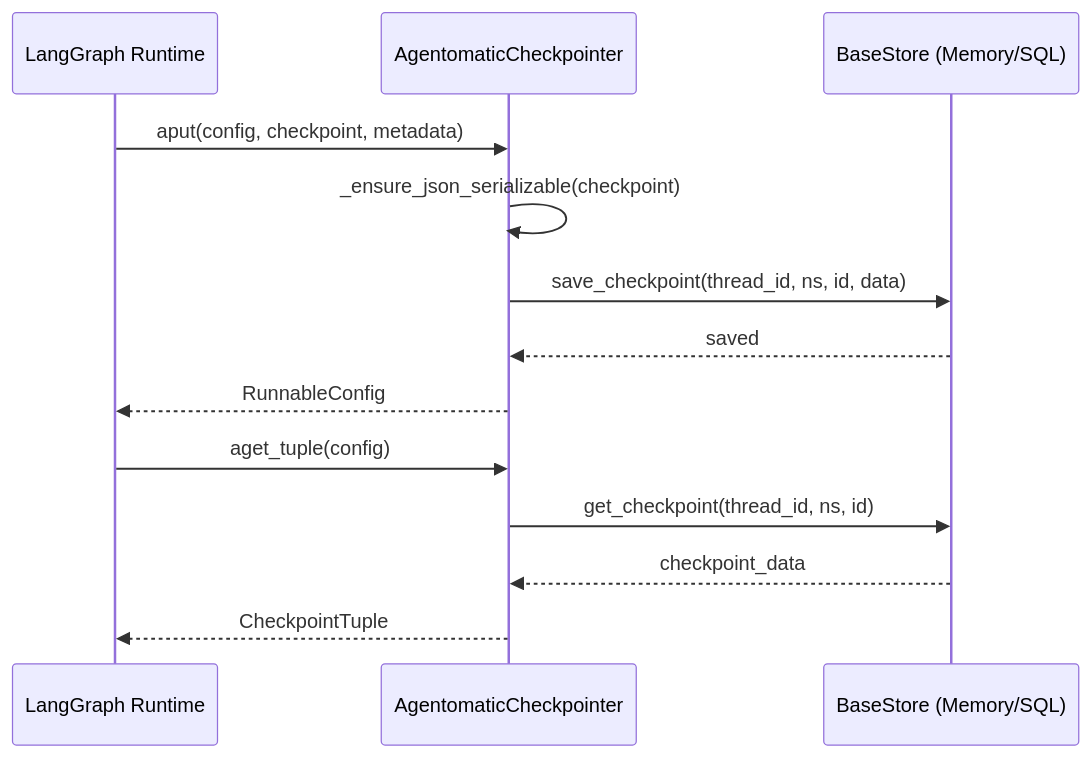
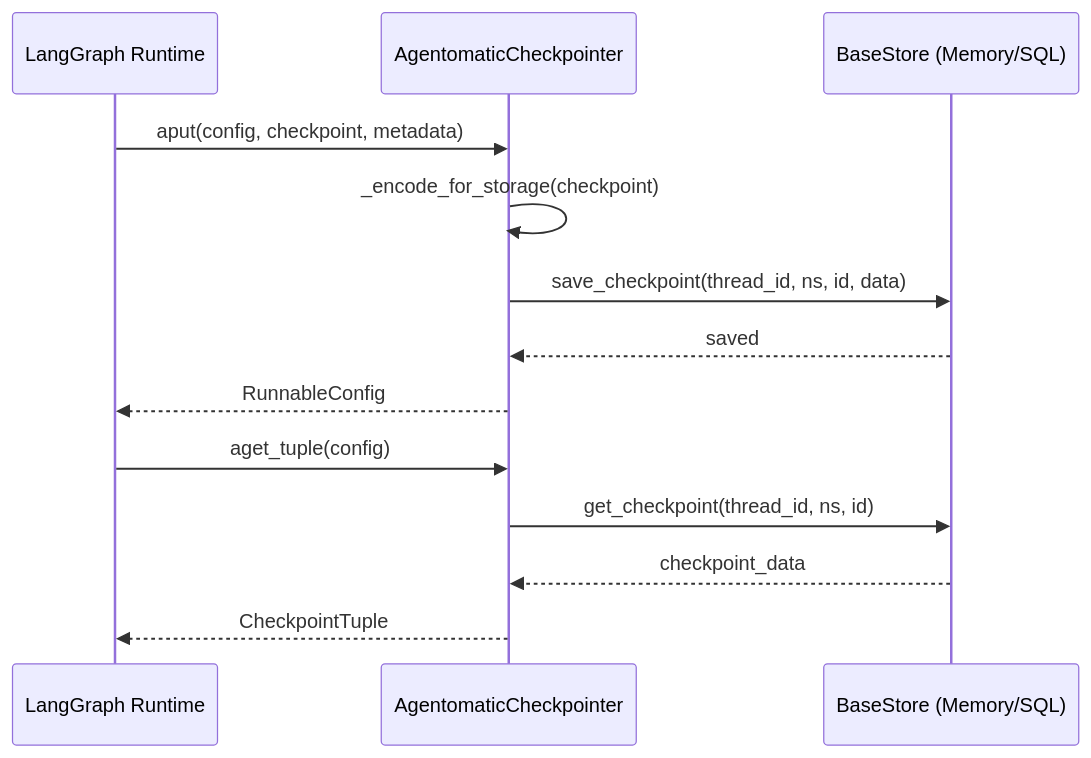
The sixth of 8 diagrams in docs/guide/langgraph.md (UnicoLab/agentomatic), drawn with Mermaid before and after one commit. The commit also changed other lines of this file and 26 other files, not shown here.

````diff
--- a/docs/guide/langgraph.md
+++ b/docs/guide/langgraph.md
@@ -520,17 +520,17 @@
 ```mermaid
 sequenceDiagram
     participant LG as LangGraph Runtime
     participant CP as AgentomaticCheckpointer
     participant ST as BaseStore (Memory/SQL)
 
     LG->>CP: aput(config, checkpoint, metadata)
-    CP->>CP: _ensure_json_serializable(checkpoint)
+    CP->>CP: _encode_for_storage(checkpoint)
     CP->>ST: save_checkpoint(thread_id, ns, id, data)
     ST-->>CP: saved
     CP-->>LG: RunnableConfig
 
     LG->>CP: aget_tuple(config)
     CP->>ST: get_checkpoint(thread_id, ns, id)
     ST-->>CP: checkpoint_data
     CP-->>LG: CheckpointTuple
 ```
````
